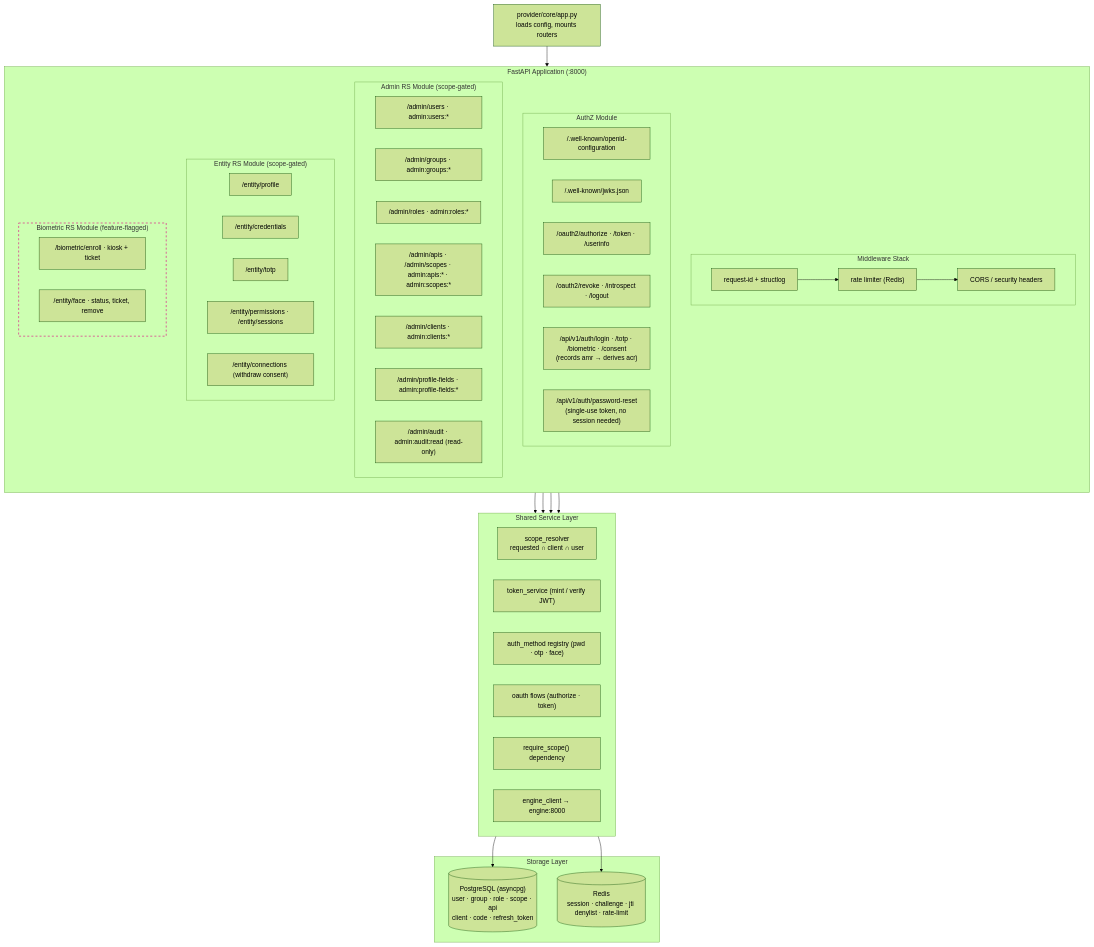
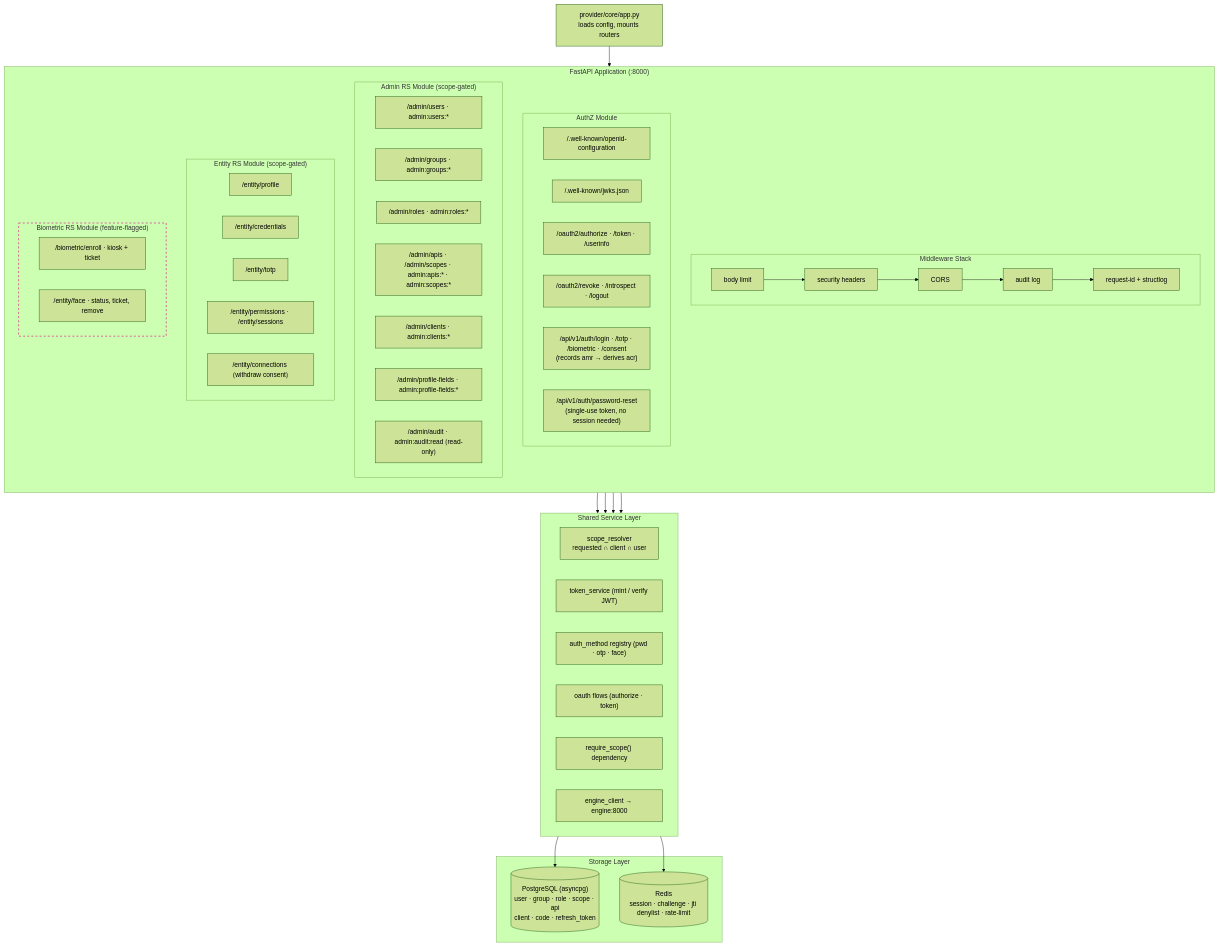
One commit to Project-IDEN/iden changed the sixth of 7 diagrams in README.md. Above: the diagram before and after it, drawn with Mermaid (forest theme). The commit also changed 1 other file, not shown here.

Commit message:
doc: the middleware stack as it is
Both READMEs showed the rate limiter as middleware between the request
id and CORS. It is a per-route dependency, and the body limit and the
audit log, both middleware, were missing. The request lifecycle now
lists the stack in order, the account check require_scope makes on every
request, and domain errors mapped centrally in core/app.py rather than
per route.

````diff
--- a/README.md
+++ b/README.md
@@ -481,68 +481,68 @@
 ```mermaid
 flowchart TB
   Entry["provider/core/app.py<br/>loads config, mounts routers"]
 
   subgraph App["FastAPI Application (:8000)"]
     direction TB
 
     subgraph Middleware["Middleware Stack"]
-      MW1["request-id + structlog"] --> MW2["rate limiter (Redis)"] --> MW3["CORS / security headers"]
+      MW1["body limit"] --> MW2["security headers"] --> MW3["CORS"] --> MW4["audit log"] --> MW5["request-id + structlog"]
     end
 
     subgraph AuthZMod["AuthZ Module"]
       AZ1["/.well-known/openid-configuration"]
       AZ2["/.well-known/jwks.json"]
       AZ3["/oauth2/authorize · /token · /userinfo"]
       AZ4["/oauth2/revoke · /introspect · /logout"]
       AZ5["/api/v1/auth/login · /totp · /biometric · /consent<br/>(records amr → derives acr)"]
       AZ6["/api/v1/auth/password-reset<br/>(single-use token, no session needed)"]
     end
 
     subgraph AdminMod["Admin RS Module (scope-gated)"]
       AD1["/admin/users · admin:users:*"]
       AD2["/admin/groups · admin:groups:*"]
       AD3["/admin/roles · admin:roles:*"]
       AD4["/admin/apis · /admin/scopes · admin:apis:* · admin:scopes:*"]
       AD5["/admin/clients · admin:clients:*"]
       AD6["/admin/profile-fields · admin:profile-fields:*"]
       AD7["/admin/audit · admin:audit:read ⟮read-only⟯"]
     end
 
     subgraph EntityMod["Entity RS Module (scope-gated)"]
       EN1["/entity/profile"]
       EN2["/entity/credentials"]
       EN3["/entity/totp"]
       EN4["/entity/permissions · /entity/sessions"]
       EN5["/entity/connections ⟮withdraw consent⟯"]
     end
 
     subgraph BioMod["Biometric RS Module ⟮feature-flagged⟯"]
       BI1["/biometric/enroll · kiosk + ticket"]
       BI2["/entity/face · status, ticket, remove"]
     end
   end
 
   subgraph Shared["Shared Service Layer"]
     SV1["scope_resolver<br/>requested ∩ client ∩ user"]
     SV2["token_service (mint / verify JWT)"]
     SV3["auth_method registry (pwd · otp · face)"]
     SV4["oauth flows (authorize · token)"]
     SV5["require_scope() dependency"]
     SV6["engine_client → engine:8000"]
   end
 
   subgraph Storage["Storage Layer"]
     PG[("PostgreSQL (asyncpg)<br/>user · group · role · scope · api<br/>client · code · refresh_token")]
     RD[("Redis<br/>session · challenge · jti denylist · rate-limit")]
   end
 
   Entry --> App
   AuthZMod --> Shared
   AdminMod --> Shared
   EntityMod --> Shared
   BioMod --> Shared
   Shared --> PG
   Shared --> RD
 
   style BioMod stroke:#d94a90,stroke-width:2px,stroke-dasharray: 5 5
 ```
````
